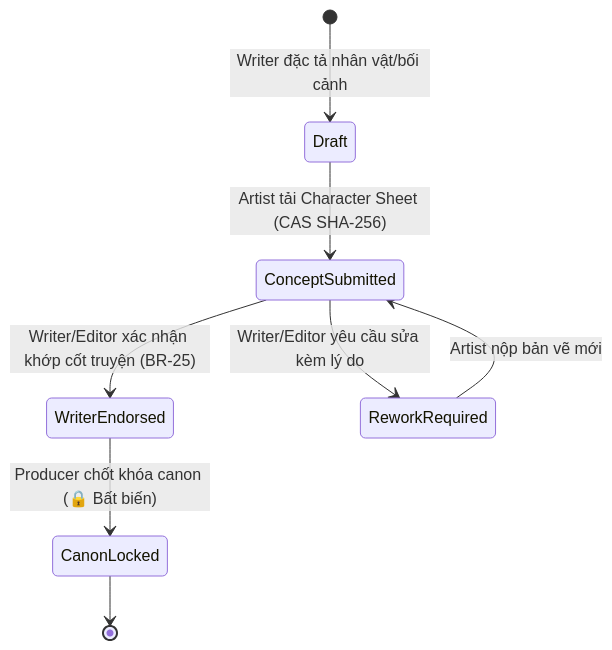
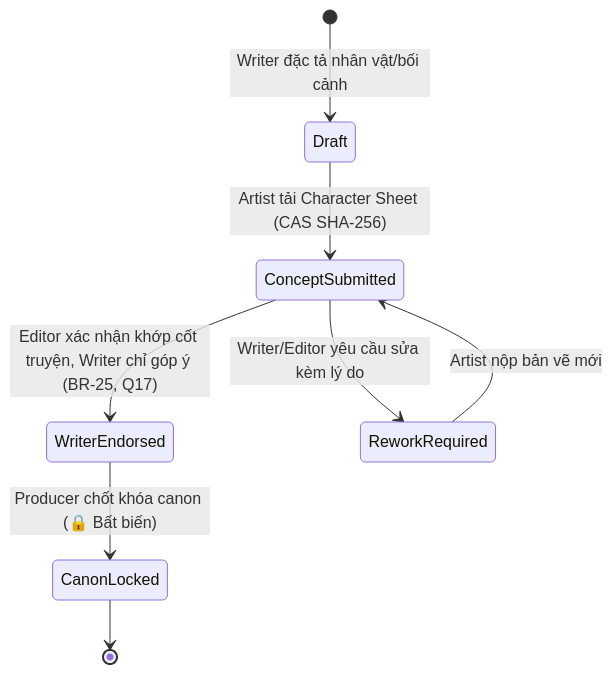
Before and after one commit to tkiennt/panelforge-hubs: the third of 4 diagrams in docs/standards/PanelForge_Ubiquitous_Language_and_State_Glossary.md, drawn with Mermaid. The commit also changed other lines of this file and 4 other files, not shown here.

First line of the commit message:
docs(spec): Q17 writer-only highlight references, editor finalizes Bible design review

````diff
--- a/docs/standards/PanelForge_Ubiquitous_Language_and_State_Glossary.md
+++ b/docs/standards/PanelForge_Ubiquitous_Language_and_State_Glossary.md
@@ -117,10 +117,10 @@
 ```mermaid
 stateDiagram-v2
     [*] --> Draft: Writer đặc tả nhân vật/bối cảnh
     Draft --> ConceptSubmitted: Artist tải Character Sheet (CAS SHA-256)
-    ConceptSubmitted --> WriterEndorsed: Writer/Editor xác nhận khớp cốt truyện (BR-25)
+    ConceptSubmitted --> WriterEndorsed: Editor xác nhận khớp cốt truyện, Writer chỉ góp ý (BR-25, Q17)
     ConceptSubmitted --> ReworkRequired: Writer/Editor yêu cầu sửa kèm lý do
     ReworkRequired --> ConceptSubmitted: Artist nộp bản vẽ mới
     WriterEndorsed --> CanonLocked: Producer chốt khóa canon (🔒 Bất biến)
     CanonLocked --> [*]
 ```
````
